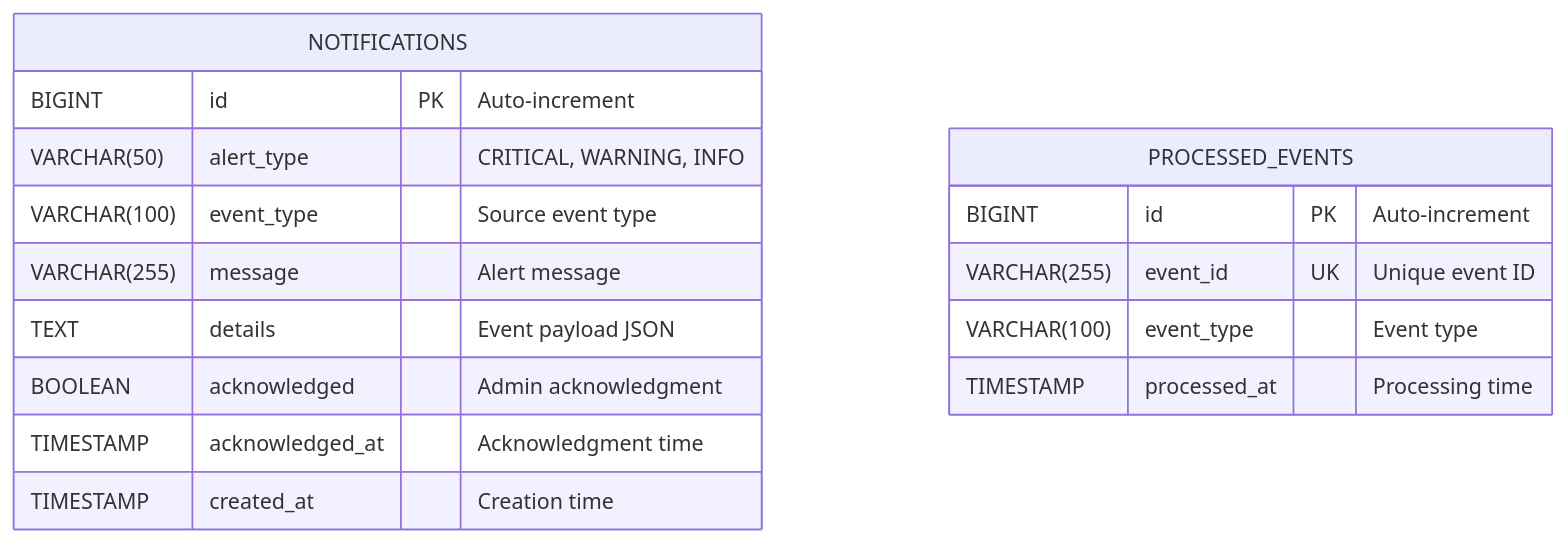
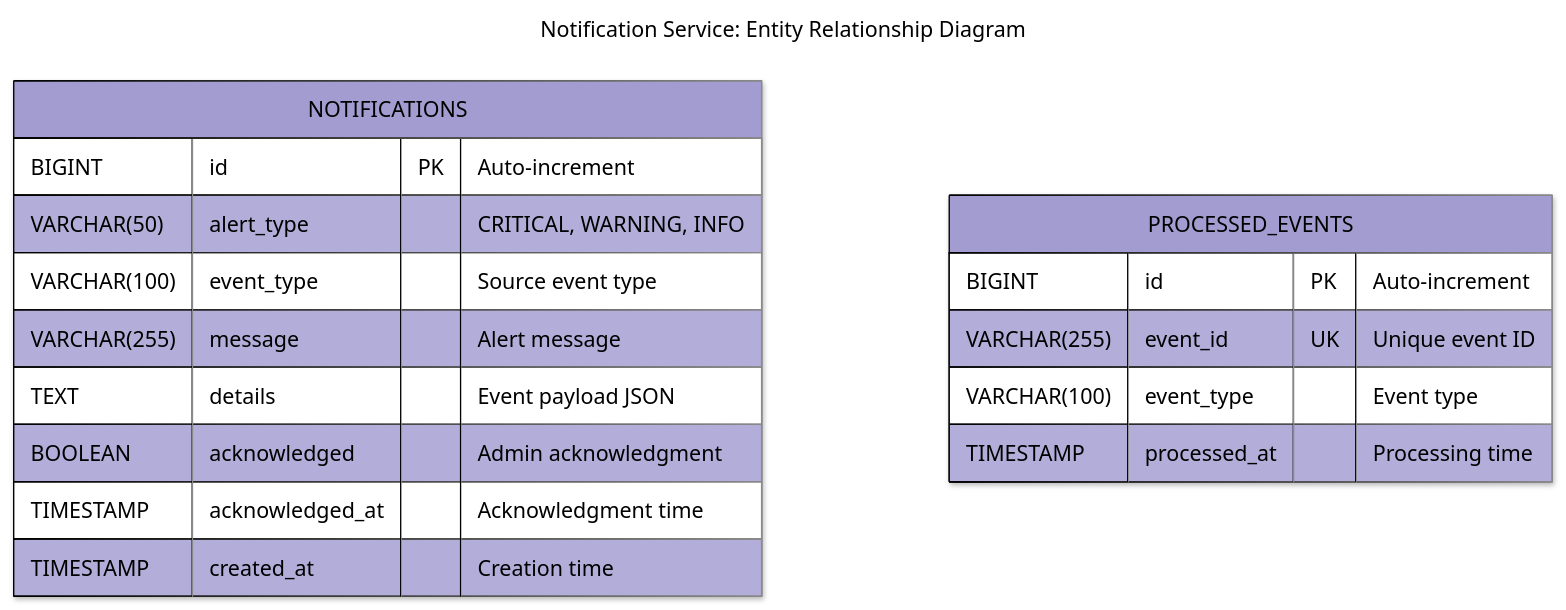
One commit to BrunoGil-AS/Vending-Machine-Microservices changed the fourth of 8 diagrams in Documentation/diagrams/notification-service.md. Above: the diagram before and after it, drawn with Mermaid. The commit also changed other lines of this file and 7 other files, not shown here.

Commit message:
docs: Update service diagrams with new configurations and titles

````diff
--- a/Documentation/diagrams/notification-service.md
+++ b/Documentation/diagrams/notification-service.md
@@ -163,20 +205,34 @@
 ```mermaid
+---
+config:
+  theme: base
+  themeVariables:
+    primaryColor: '#a39cd1ff'
+    primaryTextColor: '#000000'
+    secondaryTextColor: '#ffffffff'
+    primaryBorderColor: '#000000'
+    lineColor: '#000000ff'
+    secondaryColor: '#90b590ff'
+    tertiaryColor: '#f9f6a1ff'
+  look: neo
+title: 'Notification Service: Entity Relationship Diagram'
+---
 erDiagram
     NOTIFICATIONS {
         BIGINT id PK "Auto-increment"
         VARCHAR(50) alert_type "CRITICAL, WARNING, INFO"
         VARCHAR(100) event_type "Source event type"
         VARCHAR(255) message "Alert message"
         TEXT details "Event payload JSON"
         BOOLEAN acknowledged "Admin acknowledgment"
         TIMESTAMP acknowledged_at "Acknowledgment time"
         TIMESTAMP created_at "Creation time"
     }
 
     PROCESSED_EVENTS {
         BIGINT id PK "Auto-increment"
         VARCHAR(255) event_id UK "Unique event ID"
         VARCHAR(100) event_type "Event type"
         TIMESTAMP processed_at "Processing time"
     }
 ```
````
